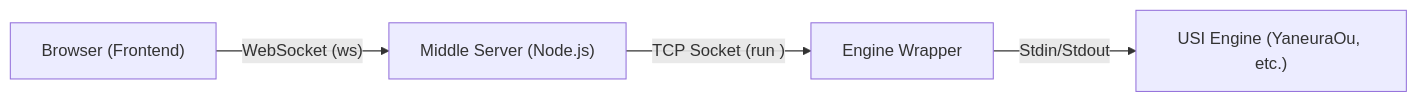
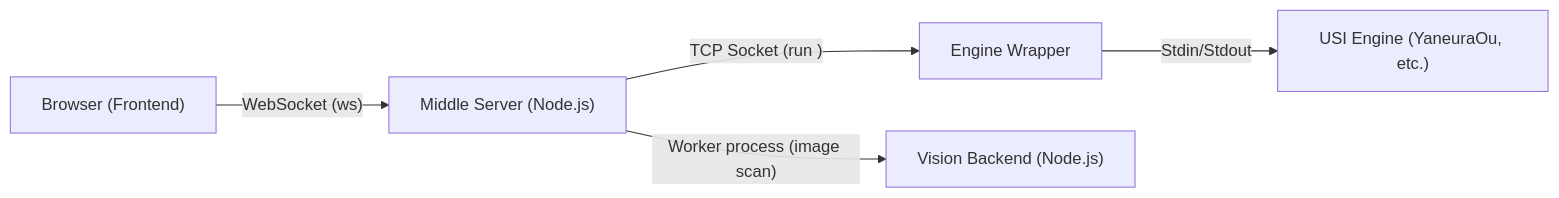
Before and after one commit to yoset77/shogihome-lab: the diagram in ARCHITECTURE.md, drawn with Mermaid. The commit also changed other lines of this file and 2 other files, not shown here.

Commit message:
docs: document vision backend

````diff
--- a/ARCHITECTURE.md
+++ b/ARCHITECTURE.md
@@ -9,6 +9,7 @@
 ```mermaid
 graph LR
     A["Browser (Frontend)"] -- "WebSocket (ws)" --> B["Middle Server (Node.js)"]
     B -- "TCP Socket (run <id>)" --> C["Engine Wrapper"]
     C -- "Stdin/Stdout" --> D["USI Engine (YaneuraOu, etc.)"]
+    B -- "Worker process (image scan)" --> E["Vision Backend (Node.js)"]
 ```
````
